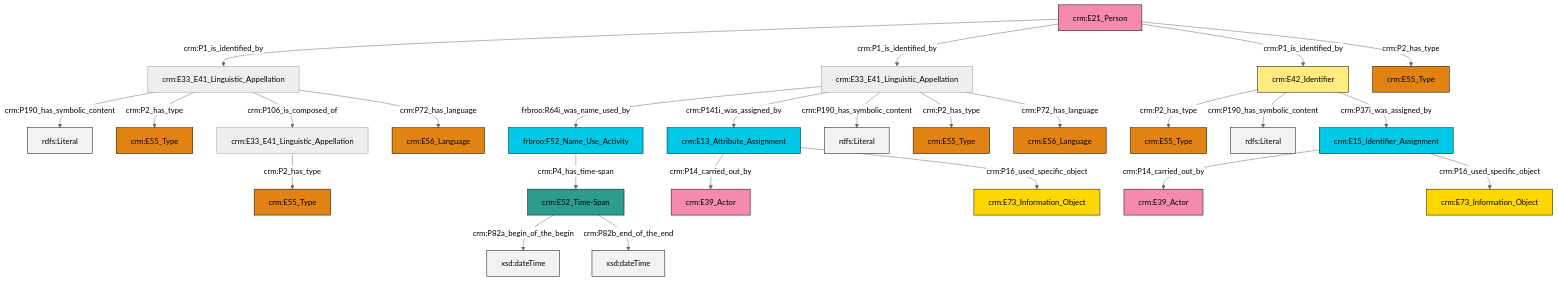
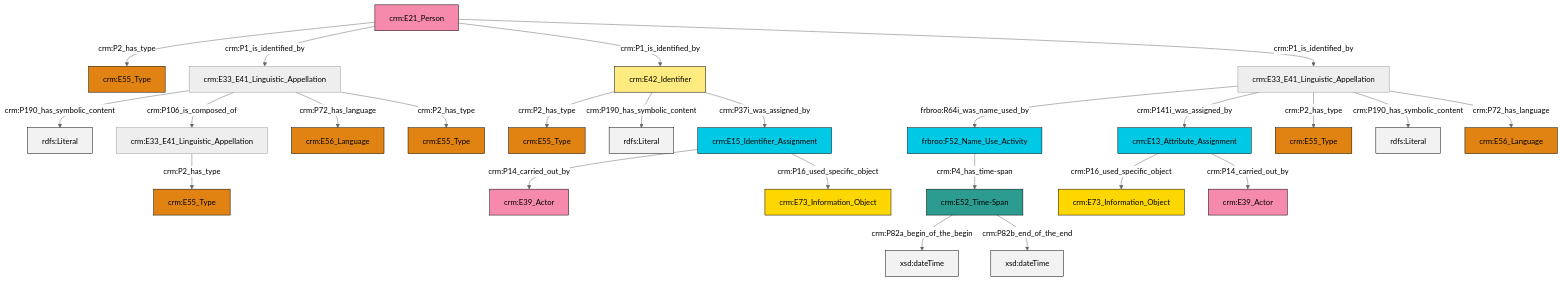
One commit to swiss-art-research-net/docs.swissartresearch changed the diagram in et/personCSV/ttl/mmd/Person_Names_and_Classification.ttl.mmd. Above: the diagram before and after it, drawn with Mermaid (neutral theme). The commit also changed 174 other files, not shown here.

```diff
--- a/et/personCSV/ttl/mmd/Person_Names_and_Classification.ttl.mmd
+++ b/et/personCSV/ttl/mmd/Person_Names_and_Classification.ttl.mmd
@@ -1,39 +1,39 @@
 graph TD
 classDef Literal fill:#f2f2f2,stroke:#000000;
 classDef CRM_Entity fill:#FFFFFF,stroke:#000000;
 classDef Temporal_Entity fill:#00C9E6, stroke:#000000;
 classDef Type fill:#E18312, stroke:#000000;
 classDef Time-Span fill:#2C9C91, stroke:#000000;
 classDef Appellation fill:#FFEB7F, stroke:#000000;
 classDef Place fill:#008836, stroke:#000000;
 classDef Persistent_Item fill:#B266B2, stroke:#000000;
 classDef Conceptual_Object fill:#FFD700, stroke:#000000;
 classDef Physical_Thing fill:#D2B48C, stroke:#000000;
 classDef Actor fill:#f58aad, stroke:#000000;
 classDef PC_Classes fill:#4ce600, stroke:#000000;
 classDef Multi fill:#cccccc,stroke:#000000;
 
-4["crm:E13_Attribute_Assignment"]:::Temporal_Entity -->|crm:P14_carried_out_by| 5["crm:E39_Actor"]:::Actor
-6["crm:E21_Person"]:::Actor -->|crm:P1_is_identified_by| 7["crm:E33_E41_Linguistic_Appellation"]:::Default
-8["crm:E42_Identifier"]:::Appellation -->|crm:P2_has_type| 9["crm:E55_Type"]:::Type
-10["crm:E33_E41_Linguistic_Appellation"]:::Default -->|crm:P2_has_type| 11["crm:E55_Type"]:::Type
-6["crm:E21_Person"]:::Actor -->|crm:P1_is_identified_by| 14["crm:E33_E41_Linguistic_Appellation"]:::Default
-14["crm:E33_E41_Linguistic_Appellation"]:::Default -->|frbroo:R64i_was_name_used_by| 15["frbroo:F52_Name_Use_Activity"]:::Temporal_Entity
-16["crm:E52_Time-Span"]:::Time-Span -->|crm:P82a_begin_of_the_begin| 17[xsd:dateTime]:::Literal
-8["crm:E42_Identifier"]:::Appellation -->|crm:P190_has_symbolic_content| 18[rdfs:Literal]:::Literal
-15["frbroo:F52_Name_Use_Activity"]:::Temporal_Entity -->|crm:P4_has_time-span| 16["crm:E52_Time-Span"]:::Time-Span
-6["crm:E21_Person"]:::Actor -->|crm:P1_is_identified_by| 8["crm:E42_Identifier"]:::Appellation
-0["crm:E15_Identifier_Assignment"]:::Temporal_Entity -->|crm:P14_carried_out_by| 21["crm:E39_Actor"]:::Actor
-7["crm:E33_E41_Linguistic_Appellation"]:::Default -->|crm:P190_has_symbolic_content| 23[rdfs:Literal]:::Literal
-14["crm:E33_E41_Linguistic_Appellation"]:::Default -->|crm:P141i_was_assigned_by| 4["crm:E13_Attribute_Assignment"]:::Temporal_Entity
-7["crm:E33_E41_Linguistic_Appellation"]:::Default -->|crm:P2_has_type| 34["crm:E55_Type"]:::Type
-7["crm:E33_E41_Linguistic_Appellation"]:::Default -->|crm:P106_is_composed_of| 10["crm:E33_E41_Linguistic_Appellation"]:::Default
-0["crm:E15_Identifier_Assignment"]:::Temporal_Entity -->|crm:P16_used_specific_object| 26["crm:E73_Information_Object"]:::Conceptual_Object
-14["crm:E33_E41_Linguistic_Appellation"]:::Default -->|crm:P190_has_symbolic_content| 38[rdfs:Literal]:::Literal
-7["crm:E33_E41_Linguistic_Appellation"]:::Default -->|crm:P72_has_language| 39["crm:E56_Language"]:::Type
-16["crm:E52_Time-Span"]:::Time-Span -->|crm:P82b_end_of_the_end| 40[xsd:dateTime]:::Literal
-6["crm:E21_Person"]:::Actor -->|crm:P2_has_type| 24["crm:E55_Type"]:::Type
-4["crm:E13_Attribute_Assignment"]:::Temporal_Entity -->|crm:P16_used_specific_object| 36["crm:E73_Information_Object"]:::Conceptual_Object
-14["crm:E33_E41_Linguistic_Appellation"]:::Default -->|crm:P2_has_type| 42["crm:E55_Type"]:::Type
-8["crm:E42_Identifier"]:::Appellation -->|crm:P37i_was_assigned_by| 0["crm:E15_Identifier_Assignment"]:::Temporal_Entity
-14["crm:E33_E41_Linguistic_Appellation"]:::Default -->|crm:P72_has_language| 2["crm:E56_Language"]:::Type
+2["crm:E52_Time-Span"]:::Time-Span -->|crm:P82a_begin_of_the_begin| 3[xsd:dateTime]:::Literal
+7["frbroo:F52_Name_Use_Activity"]:::Temporal_Entity -->|crm:P4_has_time-span| 2["crm:E52_Time-Span"]:::Time-Span
+8["crm:E33_E41_Linguistic_Appellation"]:::Default -->|frbroo:R64i_was_name_used_by| 7["frbroo:F52_Name_Use_Activity"]:::Temporal_Entity
+10["crm:E42_Identifier"]:::Appellation -->|crm:P2_has_type| 11["crm:E55_Type"]:::Type
+14["crm:E21_Person"]:::Actor -->|crm:P2_has_type| 15["crm:E55_Type"]:::Type
+14["crm:E21_Person"]:::Actor -->|crm:P1_is_identified_by| 16["crm:E33_E41_Linguistic_Appellation"]:::Default
+10["crm:E42_Identifier"]:::Appellation -->|crm:P190_has_symbolic_content| 17[rdfs:Literal]:::Literal
+16["crm:E33_E41_Linguistic_Appellation"]:::Default -->|crm:P190_has_symbolic_content| 18[rdfs:Literal]:::Literal
+2["crm:E52_Time-Span"]:::Time-Span -->|crm:P82b_end_of_the_end| 19[xsd:dateTime]:::Literal
+14["crm:E21_Person"]:::Actor -->|crm:P1_is_identified_by| 10["crm:E42_Identifier"]:::Appellation
+23["crm:E33_E41_Linguistic_Appellation"]:::Default -->|crm:P2_has_type| 24["crm:E55_Type"]:::Type
+14["crm:E21_Person"]:::Actor -->|crm:P1_is_identified_by| 8["crm:E33_E41_Linguistic_Appellation"]:::Default
+8["crm:E33_E41_Linguistic_Appellation"]:::Default -->|crm:P141i_was_assigned_by| 31["crm:E13_Attribute_Assignment"]:::Temporal_Entity
+10["crm:E42_Identifier"]:::Appellation -->|crm:P37i_was_assigned_by| 0["crm:E15_Identifier_Assignment"]:::Temporal_Entity
+16["crm:E33_E41_Linguistic_Appellation"]:::Default -->|crm:P106_is_composed_of| 23["crm:E33_E41_Linguistic_Appellation"]:::Default
+0["crm:E15_Identifier_Assignment"]:::Temporal_Entity -->|crm:P14_carried_out_by| 35["crm:E39_Actor"]:::Actor
+8["crm:E33_E41_Linguistic_Appellation"]:::Default -->|crm:P2_has_type| 32["crm:E55_Type"]:::Type
+31["crm:E13_Attribute_Assignment"]:::Temporal_Entity -->|crm:P16_used_specific_object| 39["crm:E73_Information_Object"]:::Conceptual_Object
+31["crm:E13_Attribute_Assignment"]:::Temporal_Entity -->|crm:P14_carried_out_by| 12["crm:E39_Actor"]:::Actor
+16["crm:E33_E41_Linguistic_Appellation"]:::Default -->|crm:P72_has_language| 29["crm:E56_Language"]:::Type
+16["crm:E33_E41_Linguistic_Appellation"]:::Default -->|crm:P2_has_type| 5["crm:E55_Type"]:::Type
+8["crm:E33_E41_Linguistic_Appellation"]:::Default -->|crm:P190_has_symbolic_content| 44[rdfs:Literal]:::Literal
+8["crm:E33_E41_Linguistic_Appellation"]:::Default -->|crm:P72_has_language| 40["crm:E56_Language"]:::Type
+0["crm:E15_Identifier_Assignment"]:::Temporal_Entity -->|crm:P16_used_specific_object| 37["crm:E73_Information_Object"]:::Conceptual_Object
```
